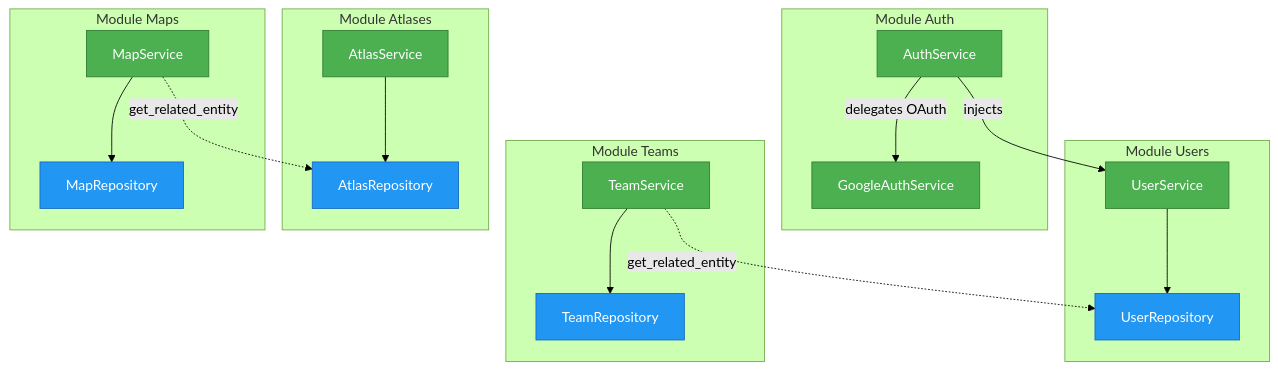
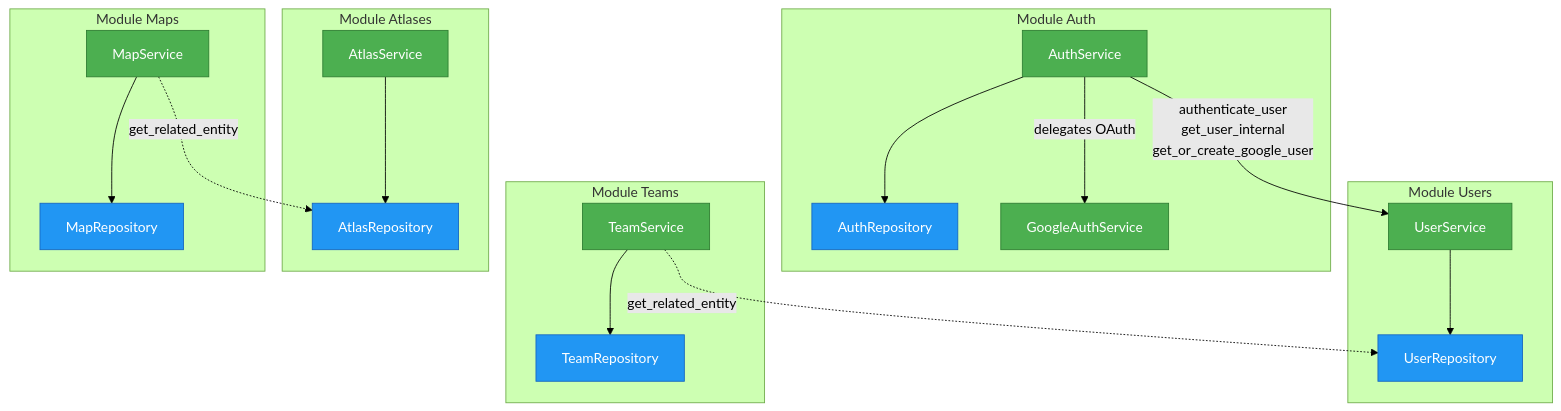
One commit to 0live/TileCraft changed the diagram in api/diagrams/service_dependencies_diagram.md. Above: the diagram before and after it, drawn with Mermaid (forest theme). The commit also changed 3 other files, not shown here.

Commit message:
docs: Refactor installation guide to categorize environment variables and update the authentication sequence diagram for clarity.

````diff
--- a/api/diagrams/service_dependencies_diagram.md
+++ b/api/diagrams/service_dependencies_diagram.md
@@ -5,47 +5,49 @@
 ```mermaid
 graph TB
     subgraph "Module Auth"
         AuthService["AuthService"]
+        AuthRepository["AuthRepository"]
         GoogleAuthService["GoogleAuthService"]
     end
 
     subgraph "Module Users"
         UserService["UserService"]
         UserRepository["UserRepository"]
     end
 
     subgraph "Module Teams"
         TeamService["TeamService"]
         TeamRepository["TeamRepository"]
     end
 
     subgraph "Module Atlases"
         AtlasService["AtlasService"]
         AtlasRepository["AtlasRepository"]
     end
 
     subgraph "Module Maps"
         MapService["MapService"]
         MapRepository["MapRepository"]
     end
 
-    %% Service to Service dependencies
-    AuthService -->|"injects"| UserService
+    %% Auth module dependencies
+    AuthService --> AuthRepository
+    AuthService -->|"authenticate_user<br/>get_user_internal<br/>get_or_create_google_user"| UserService
     AuthService -->|"delegates OAuth"| GoogleAuthService
 
     %% Service to Repository (same module)
     UserService --> UserRepository
     TeamService --> TeamRepository
     AtlasService --> AtlasRepository
     MapService --> MapRepository
 
     %% Cross-module model access via get_related_entity
     TeamService -.->|"get_related_entity"| UserRepository
     MapService -.->|"get_related_entity"| AtlasRepository
 
     classDef service fill:#4CAF50,stroke:#2E7D32,color:white
     classDef repository fill:#2196F3,stroke:#1565C0,color:white
 
     class AuthService,UserService,TeamService,AtlasService,MapService,GoogleAuthService service
-    class UserRepository,TeamRepository,AtlasRepository,MapRepository repository
+    class AuthRepository,UserRepository,TeamRepository,AtlasRepository,MapRepository repository
 ```
````
